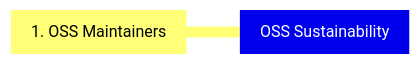
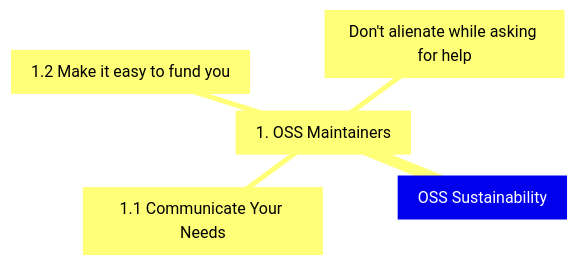
One commit to AWiderDotNET/home changed the first of 7 diagrams in README.md. Above: the diagram before and after it, drawn with Mermaid.

Commit message:
Add a few items

````diff
--- a/README.md
+++ b/README.md
@@ -29,5 +29,8 @@
 ```mermaid
 mindmap
   root[OSS Sustainability]
     1[1. OSS Maintainers]
+      1.1[1.1 Communicate Your Needs]
+      1.2[1.2 Make it easy to fund you]
+      1.3[Don't alienate while asking for help]
 ```
````
